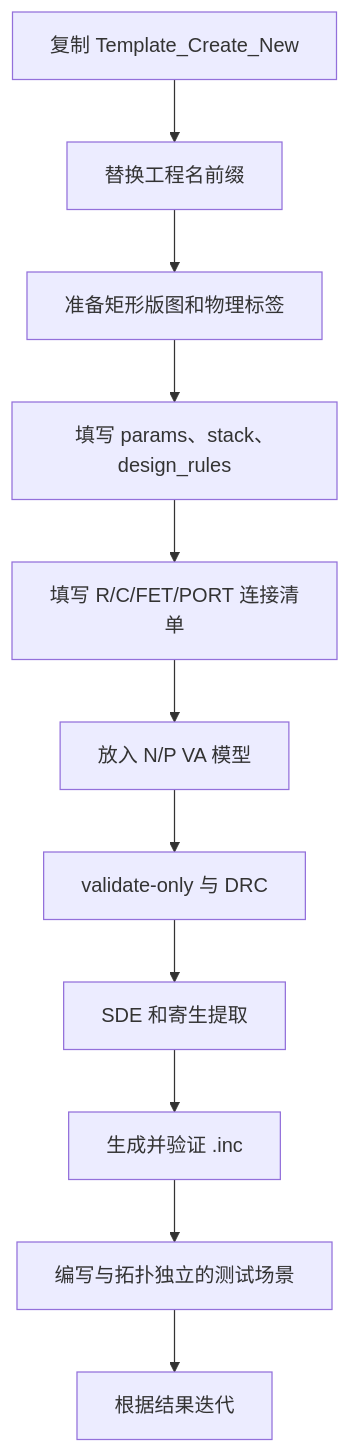
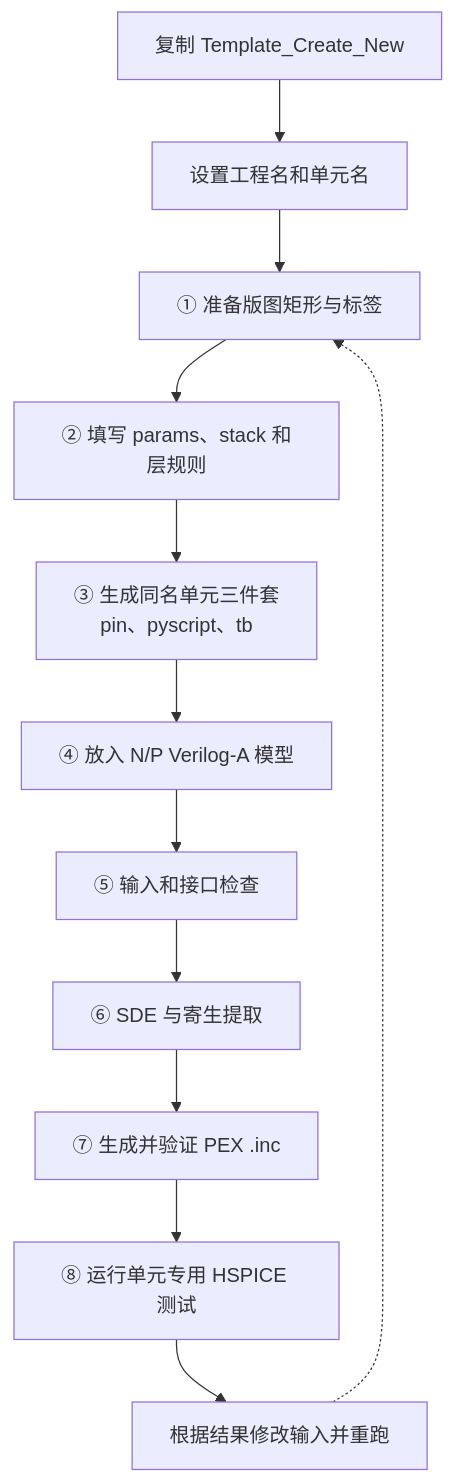
Before and after one commit to Tengfei2002/AutoLDM: the fifth of 5 diagrams in readme.md, drawn with Mermaid. The commit also changed other lines of this file and 2 other files, not shown here.

````diff
--- a/readme.md
+++ b/readme.md
@@ -300,13 +284,14 @@
 ```mermaid
 flowchart TD
-    COPY[复制 Template_Create_New] --> NAME[替换工程名前缀]
-    NAME --> GEO[准备矩形版图和物理标签]
-    GEO --> TECH[填写 params、stack、design_rules]
-    TECH --> NET[填写 R/C/FET/PORT 连接清单]
-    NET --> MODEL[放入 N/P VA 模型]
-    MODEL --> CHECK[validate-only 与 DRC]
-    CHECK --> EXT[SDE 和寄生提取]
-    EXT --> LIB[生成并验证 .inc]
-    LIB --> BENCH[编写与拓扑独立的测试场景]
-    BENCH --> ITERATE[根据结果迭代]
+    COPY["复制 Template_Create_New"] --> NAME["设置工程名和单元名"]
+    NAME --> GEO["① 准备版图矩形与标签"]
+    GEO --> TECH["② 填写 params、stack 和层规则"]
+    TECH --> CELL["③ 生成同名单元三件套<br/>pin、pyscript、tb"]
+    CELL --> MODEL["④ 放入 N/P Verilog-A 模型"]
+    MODEL --> CHECK["⑤ 输入和接口检查"]
+    CHECK --> EXT["⑥ SDE 与寄生提取"]
+    EXT --> PEX["⑦ 生成并验证 PEX .inc"]
+    PEX --> SIM["⑧ 运行单元专用 HSPICE 测试"]
+    SIM --> ITERATE["根据结果修改输入并重跑"]
+    ITERATE -.-> GEO
 ```
````
